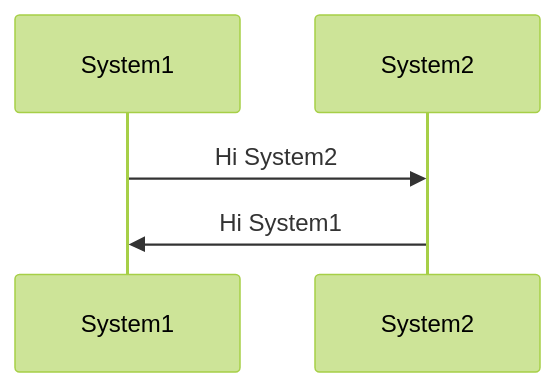
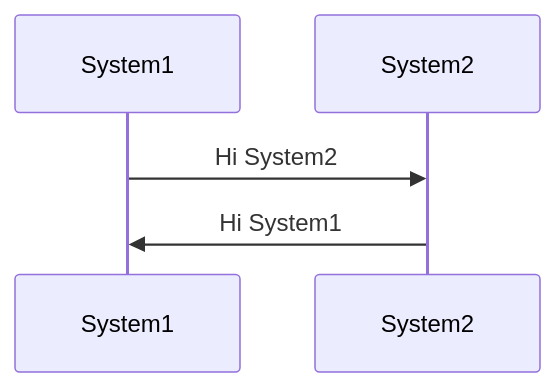
The first of 2 diagrams in 2-SEQUENCE.md (ShareMyWebStuff/mermaid-presentation), drawn with Mermaid before and after one commit. The commit also changed other lines of this file, not shown here.

Commit message:
Added seperate files for different charts.

````diff
--- a/2-SEQUENCE.md
+++ b/2-SEQUENCE.md
@@ -38,11 +24,7 @@
 ```mermaid
-%%{init: {'theme': 'dark', 'themeCSS': 'body {background-color: red}'}}%%
-%%{init: {'theme': 'forest'}}%%
-%%{init: {"flowchart": {"defaultRenderer": "elk"}} }%%
-
 sequenceDiagram
     participant System1
     participant System2
     System1->>System2: Hi System2
     System2->>System1: Hi System1
 ```
````
